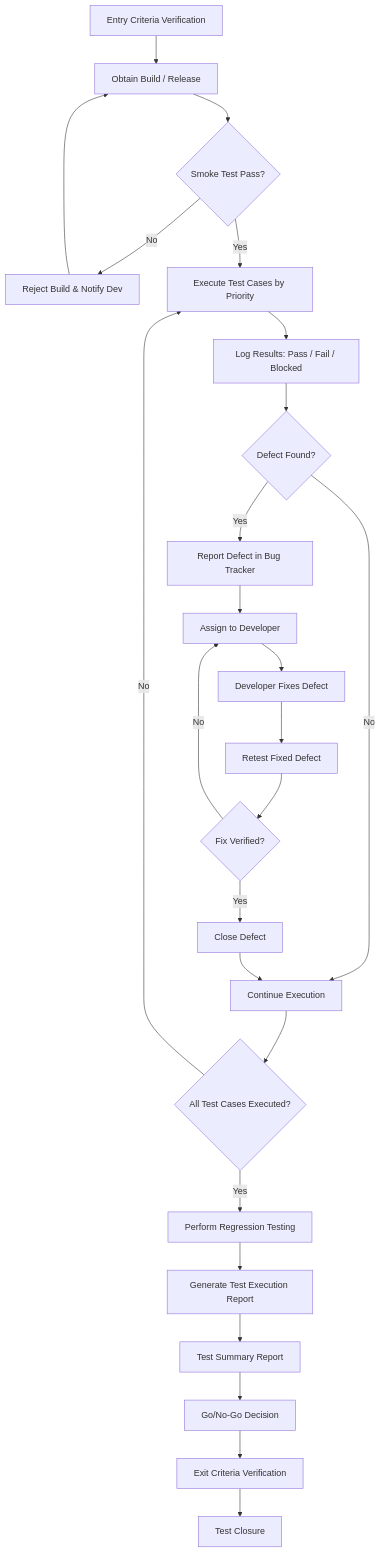
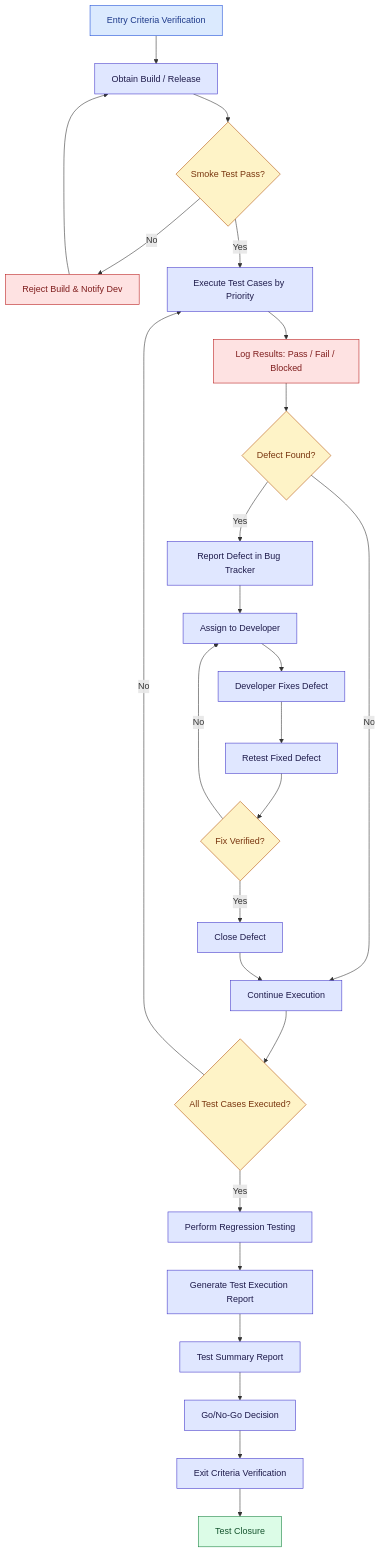
Before and after one commit to ghanendra-sdet/manual-testing-playbook: the diagram in Part_11_Test_Execution_Reporting.md, drawn with Mermaid. The commit also changed 15 other files, not shown here.

Commit message:
Fix broken routes and anchors; update OWASP 2025, ISTQB v4.0, WCAG 2.2, Jira/Zephyr naming and pricing; style diagrams

````diff
--- a/Part_11_Test_Execution_Reporting.md
+++ b/Part_11_Test_Execution_Reporting.md
@@ -45,27 +45,38 @@
 ```mermaid
 flowchart TD
     A["Entry Criteria Verification"] --> B["Obtain Build / Release"]
     B --> C{"Smoke Test Pass?"}
     C -- No --> D["Reject Build & Notify Dev"]
     D --> B
     C -- Yes --> E["Execute Test Cases by Priority"]
     E --> F["Log Results: Pass / Fail / Blocked"]
     F --> G{"Defect Found?"}
     G -- Yes --> H["Report Defect in Bug Tracker"]
     H --> I["Assign to Developer"]
     I --> J["Developer Fixes Defect"]
     J --> K["Retest Fixed Defect"]
     K --> L{"Fix Verified?"}
     L -- No --> I
     L -- Yes --> M["Close Defect"]
     G -- No --> N["Continue Execution"]
     M --> N
     N --> O{"All Test Cases Executed?"}
     O -- No --> E
     O -- Yes --> P["Perform Regression Testing"]
     P --> Q["Generate Test Execution Report"]
     Q --> R["Test Summary Report"]
     R --> S["Go/No-Go Decision"]
     S --> T["Exit Criteria Verification"]
     T --> U["Test Closure"]
+
+    classDef start fill:#dbeafe,stroke:#1d4ed8,color:#1e3a8a
+    classDef step fill:#e0e7ff,stroke:#4338ca,color:#1e1b4b
+    classDef decision fill:#fef3c7,stroke:#b45309,color:#78350f
+    classDef good fill:#dcfce7,stroke:#15803d,color:#14532d
+    classDef bad fill:#fee2e2,stroke:#b91c1c,color:#7f1d1d
+    class A start
+    class B,E,H,I,J,K,M,N,P,Q,R,S,T step
+    class C,G,L,O decision
+    class D,F bad
+    class U good
 ```
````
